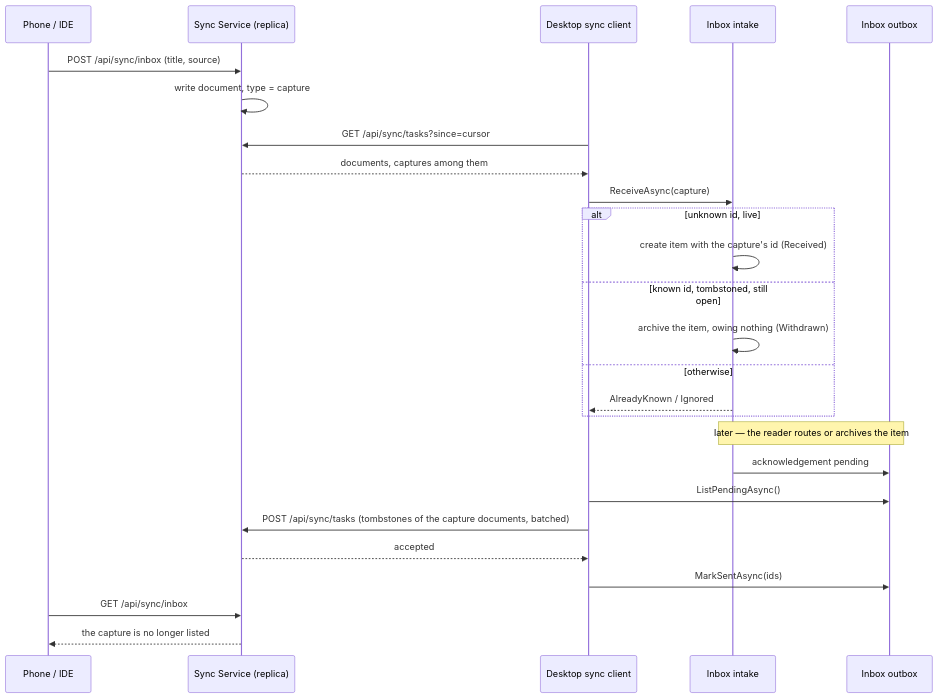
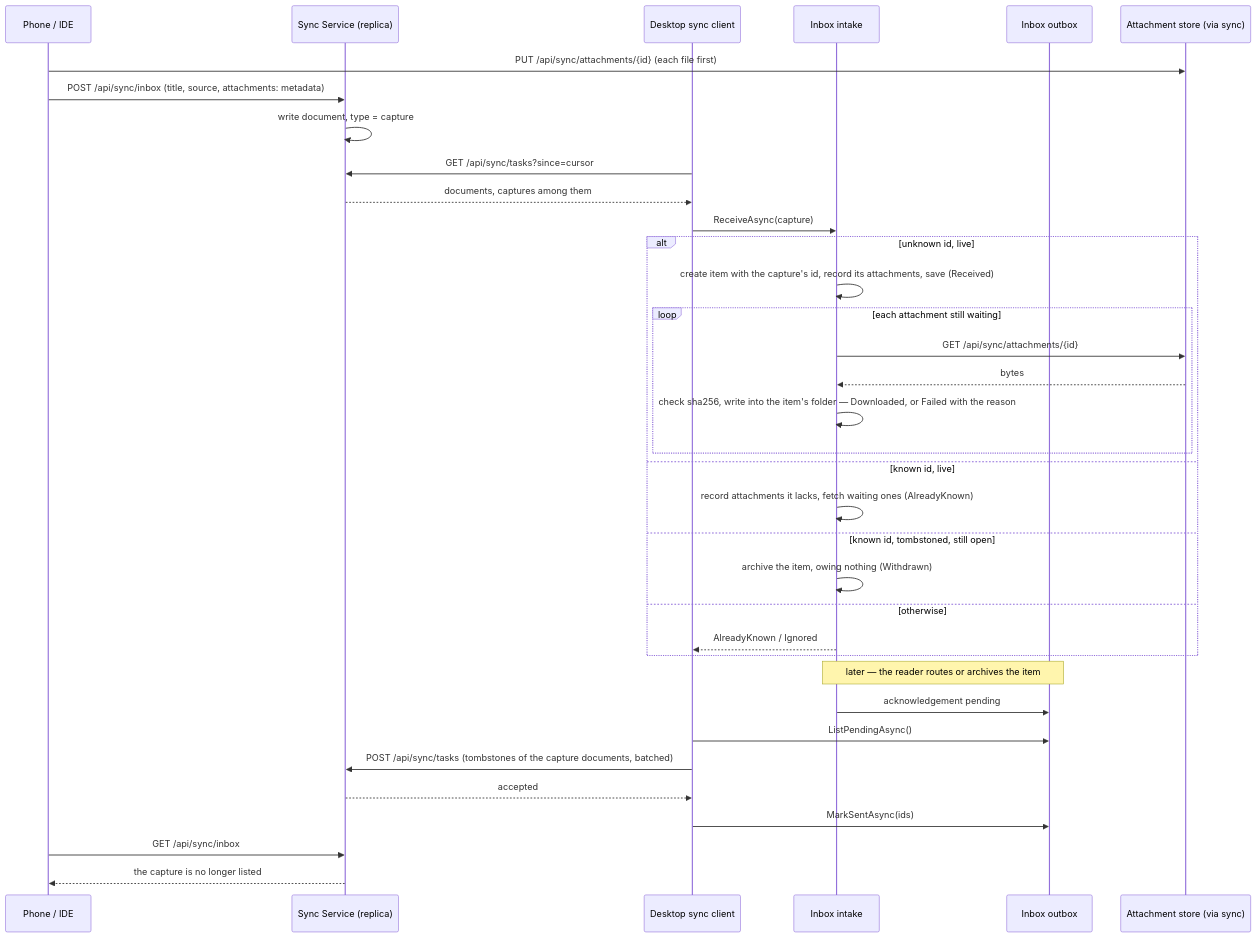
One commit to JSdotNet/Backlog changed the second of 3 diagrams in .devbook/domain/inbox/flow.md. Above: the diagram before and after it, drawn with Mermaid. The commit also changed other lines of this file and 8 other files, not shown here.

````diff
--- a/.devbook/domain/inbox/flow.md
+++ b/.devbook/domain/inbox/flow.md
@@ -56,29 +56,38 @@
 ```mermaid
 sequenceDiagram
     participant P as Phone / IDE
     participant S as Sync Service (replica)
     participant M as Desktop sync client
     participant I as Inbox intake
     participant O as Inbox outbox
+    participant A as Attachment store (via sync)
 
-    P->>S: POST /api/sync/inbox (title, source)
+    P->>A: PUT /api/sync/attachments/{id} (each file first)
+    P->>S: POST /api/sync/inbox (title, source, attachments: metadata)
     S->>S: write document, type = capture
     M->>S: GET /api/sync/tasks?since=cursor
     S-->>M: documents, captures among them
     M->>I: ReceiveAsync(capture)
     alt unknown id, live
-        I->>I: create item with the capture's id (Received)
+        I->>I: create item with the capture's id, record its attachments, save (Received)
+        loop each attachment still waiting
+            I->>A: GET /api/sync/attachments/{id}
+            A-->>I: bytes
+            I->>I: check sha256, write into the item's folder — Downloaded, or Failed with the reason
+        end
+    else known id, live
+        I->>I: record attachments it lacks, fetch waiting ones (AlreadyKnown)
     else known id, tombstoned, still open
         I->>I: archive the item, owing nothing (Withdrawn)
     else otherwise
         I-->>M: AlreadyKnown / Ignored
     end
     Note over I,O: later — the reader routes or archives the item
     I->>O: acknowledgement pending
     M->>O: ListPendingAsync()
     M->>S: POST /api/sync/tasks (tombstones of the capture documents, batched)
     S-->>M: accepted
     M->>O: MarkSentAsync(ids)
     P->>S: GET /api/sync/inbox
     S-->>P: the capture is no longer listed
 ```
````
